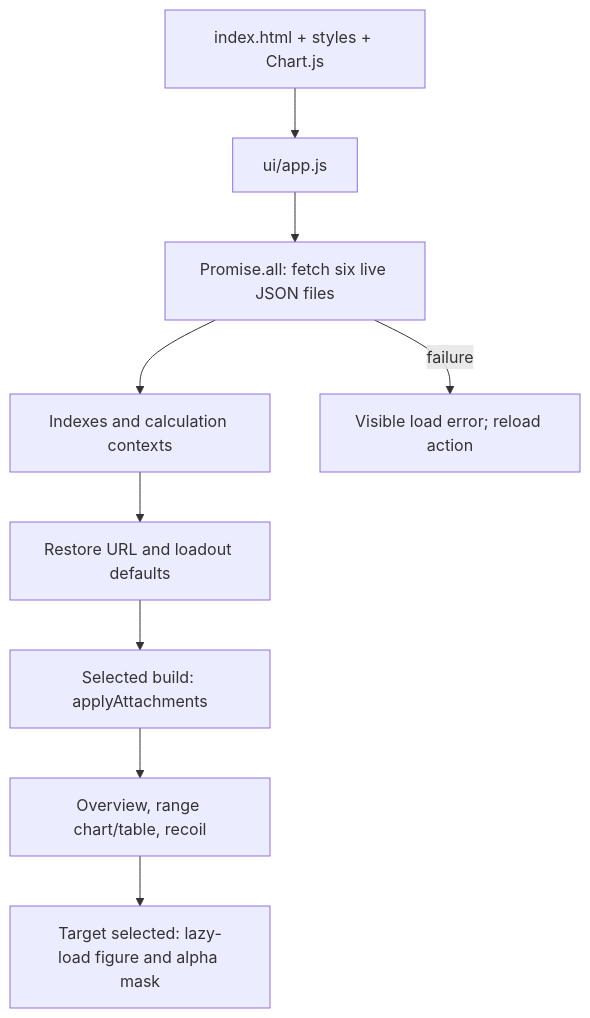
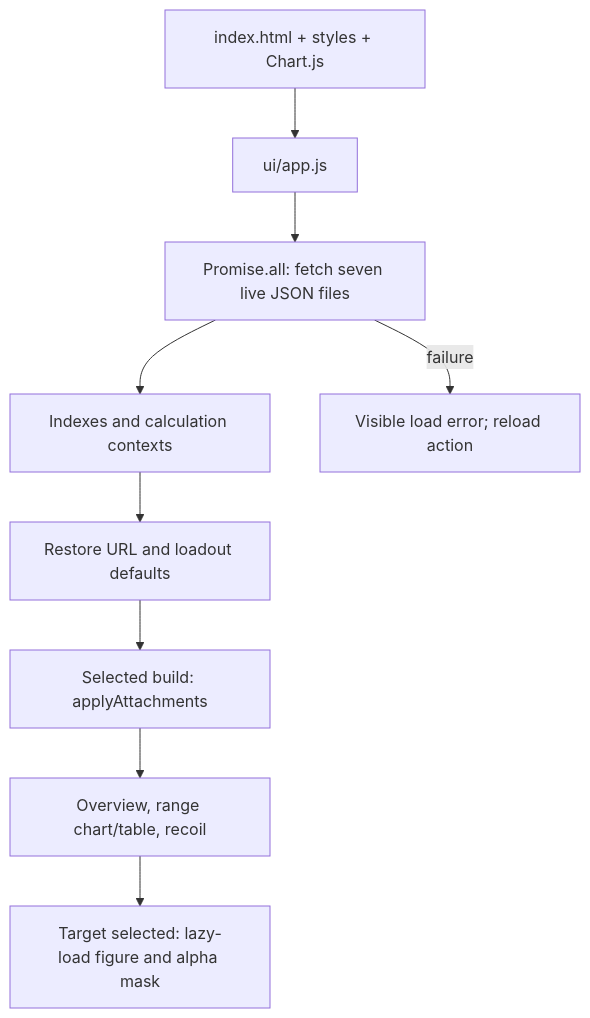
Before and after one commit to raymdl/BF6-Weapon-Analyzer: the diagram in docs/ARCHITECTURE.md, drawn with Mermaid. The commit also changed other lines of this file and 27 other files, not shown here.

````diff
--- a/docs/ARCHITECTURE.md
+++ b/docs/ARCHITECTURE.md
@@ -12,11 +12,11 @@
 ```mermaid
 flowchart TD
     Page["index.html + styles + Chart.js"] --> App["ui/app.js"]
-    App --> Fetch["Promise.all: fetch six live JSON files"]
+    App --> Fetch["Promise.all: fetch seven live JSON files"]
     Fetch --> Context["Indexes and calculation contexts"]
     Context --> Restore["Restore URL and loadout defaults"]
     Restore --> Build["Selected build: applyAttachments"]
     Build --> Views["Overview, range chart/table, recoil"]
     Views --> Target["Target selected: lazy-load figure and alpha mask"]
     Fetch -->|failure| Error["Visible load error; reload action"]
 ```
````
